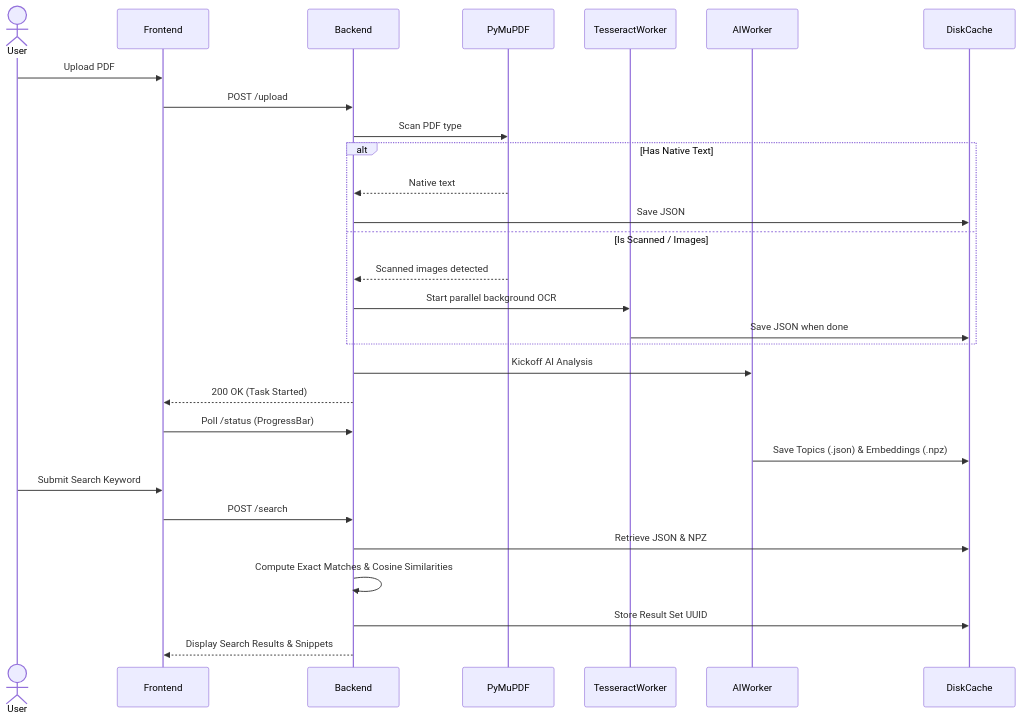
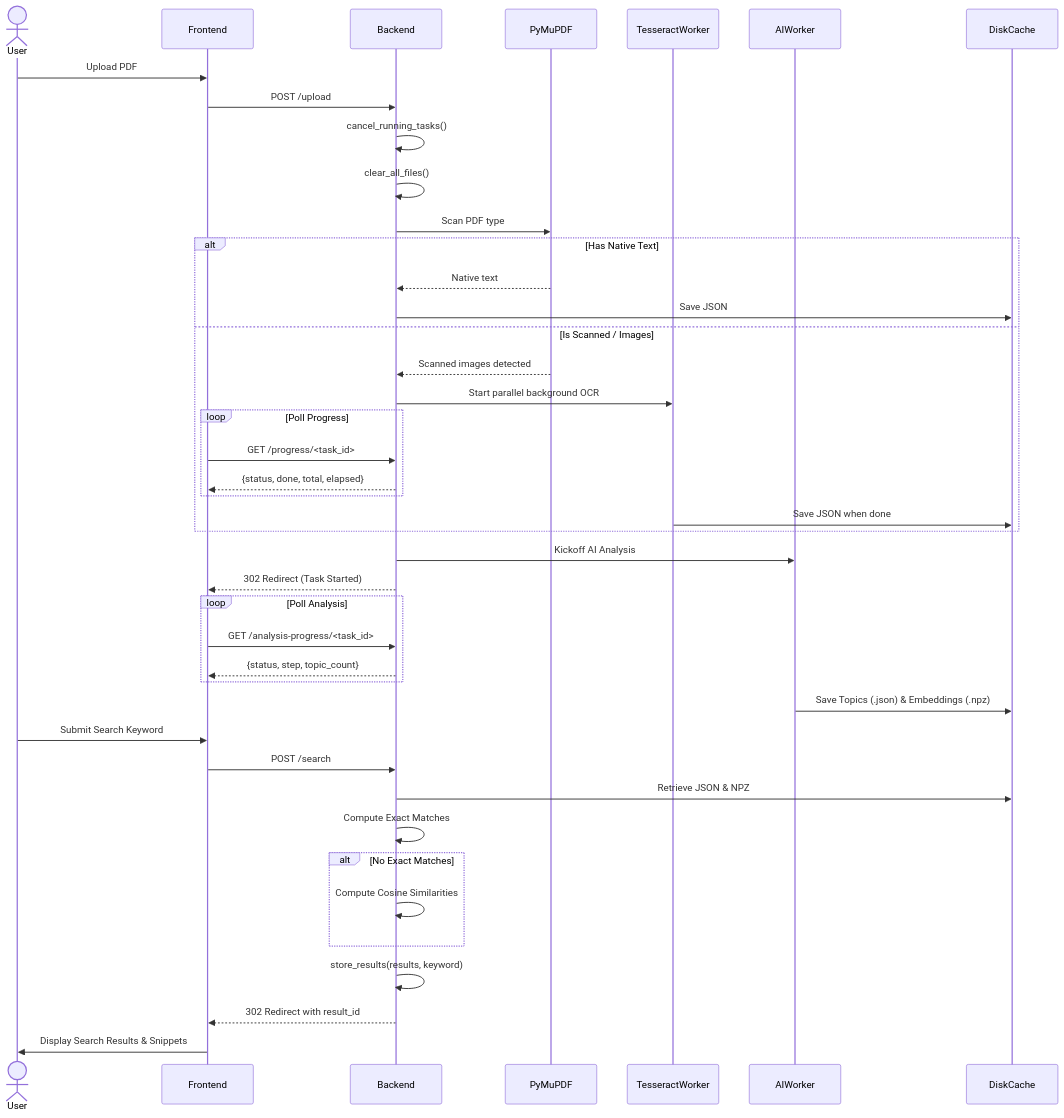
Before and after one commit to venkatesh-0910/fileSearchEngine: the fifth of 10 diagrams in README.md, drawn with Mermaid. The commit also changed other lines of this file, not shown here.

````diff
--- a/README.md
+++ b/README.md
@@ -234,33 +653,46 @@
 ```mermaid
 sequenceDiagram
     actor User
     participant Frontend
     participant Backend
     participant PyMuPDF
     participant TesseractWorker
     participant AIWorker
     participant DiskCache
     
     User->>Frontend: Upload PDF
     Frontend->>Backend: POST /upload
+    Backend->>Backend: cancel_running_tasks()
+    Backend->>Backend: clear_all_files()
     Backend->>PyMuPDF: Scan PDF type
     alt Has Native Text
         PyMuPDF-->>Backend: Native text
         Backend->>DiskCache: Save JSON
     else Is Scanned / Images
         PyMuPDF-->>Backend: Scanned images detected
         Backend->>TesseractWorker: Start parallel background OCR
+        loop Poll Progress
+            Frontend->>Backend: GET /progress/<task_id>
+            Backend-->>Frontend: {status, done, total, elapsed}
+        end
         TesseractWorker->>DiskCache: Save JSON when done
     end
     Backend->>AIWorker: Kickoff AI Analysis
-    Backend-->>Frontend: 200 OK (Task Started)
-    Frontend->>Backend: Poll /status (ProgressBar)
+    Backend-->>Frontend: 302 Redirect (Task Started)
+    loop Poll Analysis
+        Frontend->>Backend: GET /analysis-progress/<task_id>
+        Backend-->>Frontend: {status, step, topic_count}
+    end
     AIWorker->>DiskCache: Save Topics (.json) & Embeddings (.npz)
     
     User->>Frontend: Submit Search Keyword
     Frontend->>Backend: POST /search
     Backend->>DiskCache: Retrieve JSON & NPZ
-    Backend->>Backend: Compute Exact Matches & Cosine Similarities
-    Backend->>DiskCache: Store Result Set UUID
-    Backend-->>Frontend: Display Search Results & Snippets
+    Backend->>Backend: Compute Exact Matches
+    alt No Exact Matches
+        Backend->>Backend: Compute Cosine Similarities
+    end
+    Backend->>Backend: store_results(results, keyword)
+    Backend-->>Frontend: 302 Redirect with result_id
+    Frontend->>User: Display Search Results & Snippets
 ```
````
